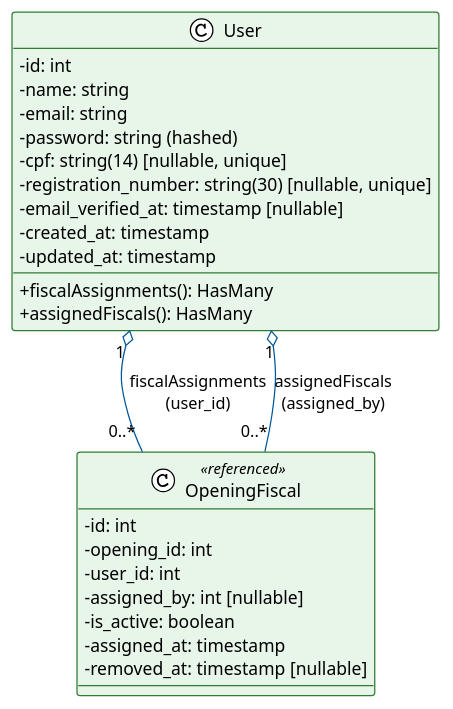
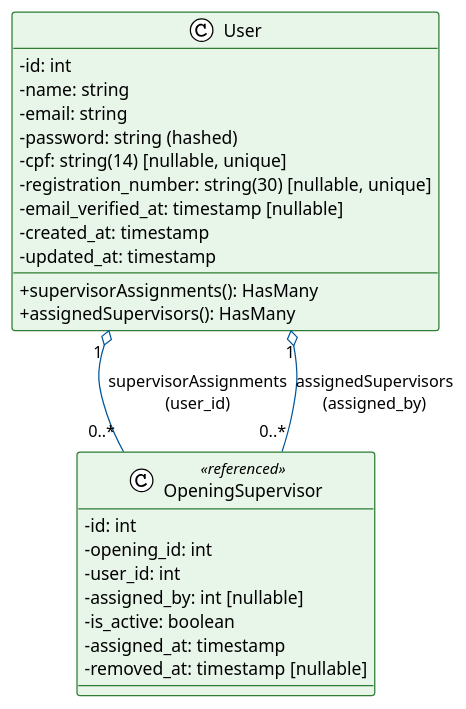
One commit to secultce/efomento changed the diagram in docs/Diagramas/Classe/User.puml. Above: the diagram before and after it, drawn with PlantUML. The commit also changed 11 other files, not shown here.

```diff
--- a/docs/Diagramas/Classe/User.puml
+++ b/docs/Diagramas/Classe/User.puml
@@ -1,38 +1,38 @@
 @startuml User
 !theme plain
 skinparam classAttributeIconSize 0
 skinparam class {
     BackgroundColor #E8F5E9
     BorderColor #2E7D32
     ArrowColor #01579B
 }
 
 class User {
     -id: int
     -name: string
     -email: string
     -password: string (hashed)
     -cpf: string(14) [nullable, unique]
     -registration_number: string(30) [nullable, unique]
     -email_verified_at: timestamp [nullable]
     -created_at: timestamp
     -updated_at: timestamp
     --
-    +fiscalAssignments(): HasMany
-    +assignedFiscals(): HasMany
+    +supervisorAssignments(): HasMany
+    +assignedSupervisors(): HasMany
 }
 
-class OpeningFiscal <<referenced>> {
+class OpeningSupervisor <<referenced>> {
     -id: int
     -opening_id: int
     -user_id: int
     -assigned_by: int [nullable]
     -is_active: boolean
     -assigned_at: timestamp
     -removed_at: timestamp [nullable]
 }
 
-User "1" o-- "0..*" OpeningFiscal : fiscalAssignments\n(user_id)
-User "1" o-- "0..*" OpeningFiscal : assignedFiscals\n(assigned_by)
+User "1" o-- "0..*" OpeningSupervisor : supervisorAssignments\n(user_id)
+User "1" o-- "0..*" OpeningSupervisor : assignedSupervisors\n(assigned_by)
 
 @enduml
```
